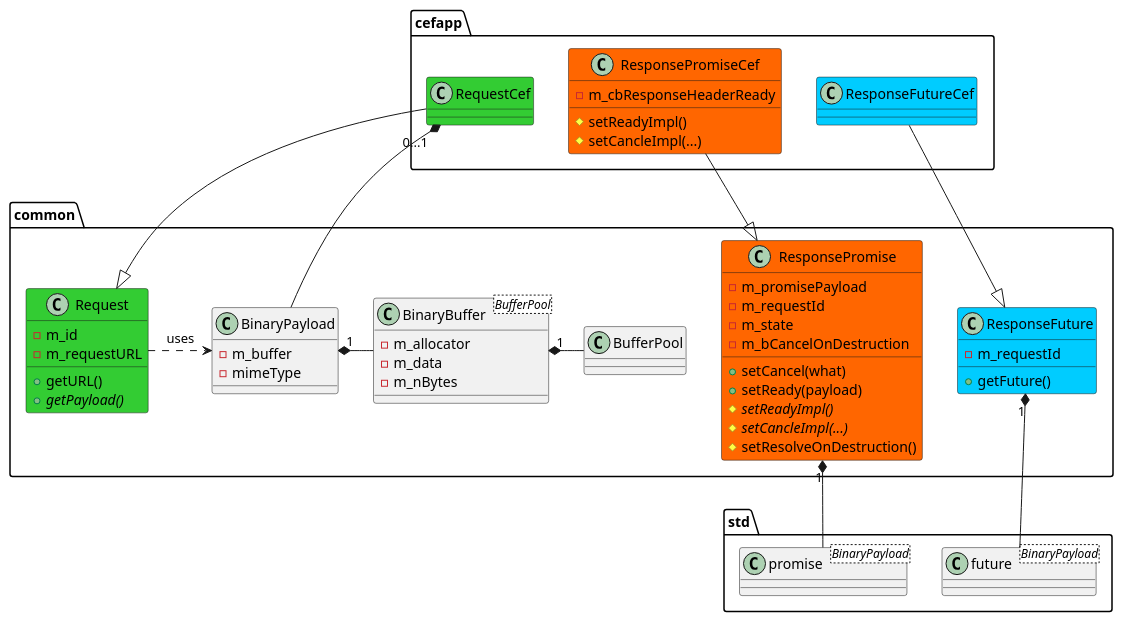
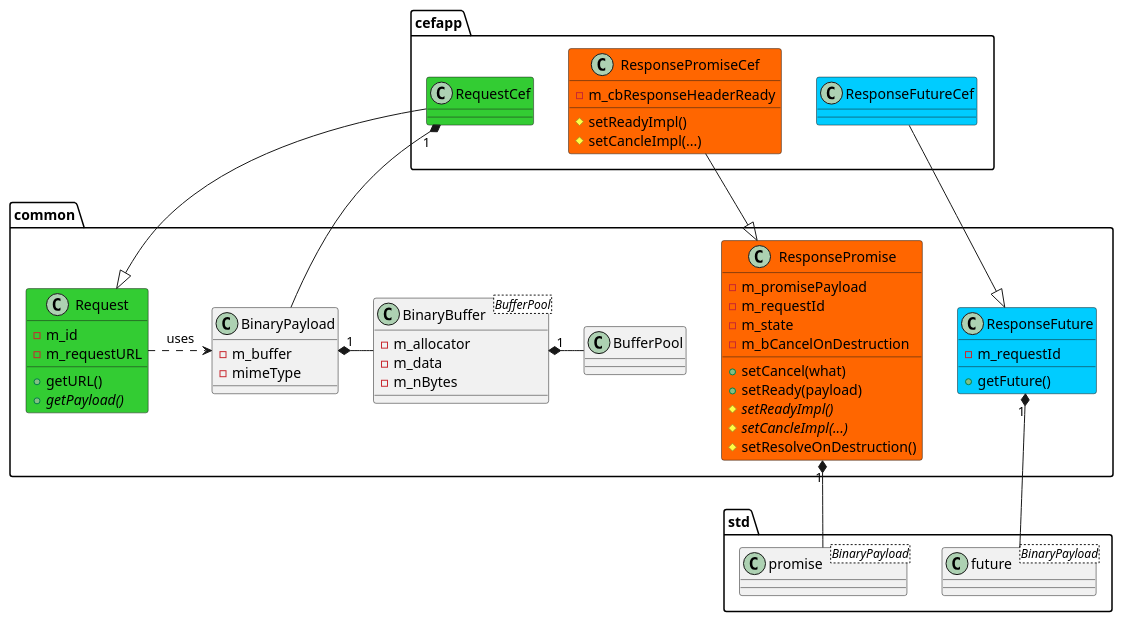
Before and after one commit to gabyx/ExecutionGraph: the diagram in gui/specs/request-response.plantuml, drawn with PlantUML. The commit also changed 4 other files, not shown here.

```diff
--- a/gui/specs/request-response.plantuml
+++ b/gui/specs/request-response.plantuml
@@ -2,65 +2,65 @@
 @startuml
 set namespaceSeparator ::
 skinparam shadowing false
 
 namespace common {
     class BinaryBuffer<BufferPool> {
         - m_allocator
         - m_data
         - m_nBytes
     }
     class BinaryPayload {
         - m_buffer
         - mimeType
     }
 
     class BufferPool
     class Request #33cc33 {
         + getURL()
         + getPayload() {abstract}
         - m_id
         - m_requestURL
     }
     class ResponsePromise #ff6600 {
         + setCancel(what)
         + setReady(payload)
         # setReadyImpl() {abstract}
         # setCancleImpl(...) {abstract}
         # setResolveOnDestruction()
         - m_promisePayload
         - m_requestId
         - m_state
         - m_bCancelOnDestruction
     }
     class ResponseFuture #00ccff {
         + getFuture()
         - m_requestId
     }
 }
 
 namespace cefapp {
     class RequestCef #33cc33
     class ResponsePromiseCef #ff6600 {
         # setReadyImpl()
         # setCancleImpl(...)
         - m_cbResponseHeaderReady
     }
     class ResponseFutureCef #00ccff
 }
 
 namespace std {
     class promise<BinaryPayload>
     class future<BinaryPayload>
 }
 
 cefapp::RequestCef --|> common::Request
 cefapp::ResponsePromiseCef --|> common::ResponsePromise
 common::ResponsePromise "1" *-- std::promise
 cefapp::ResponseFutureCef --|> common::ResponseFuture
 common::ResponseFuture "1" *-- std::future
 
 common::Request .right.> common::BinaryPayload : uses
-cefapp::RequestCef "0...1" *--  common::BinaryPayload
+cefapp::RequestCef "1" *--  common::BinaryPayload
 common::BinaryPayload "1" *-right- common::BinaryBuffer
 common::BinaryBuffer "1" *-right- common::BufferPool
 @enduml
```
